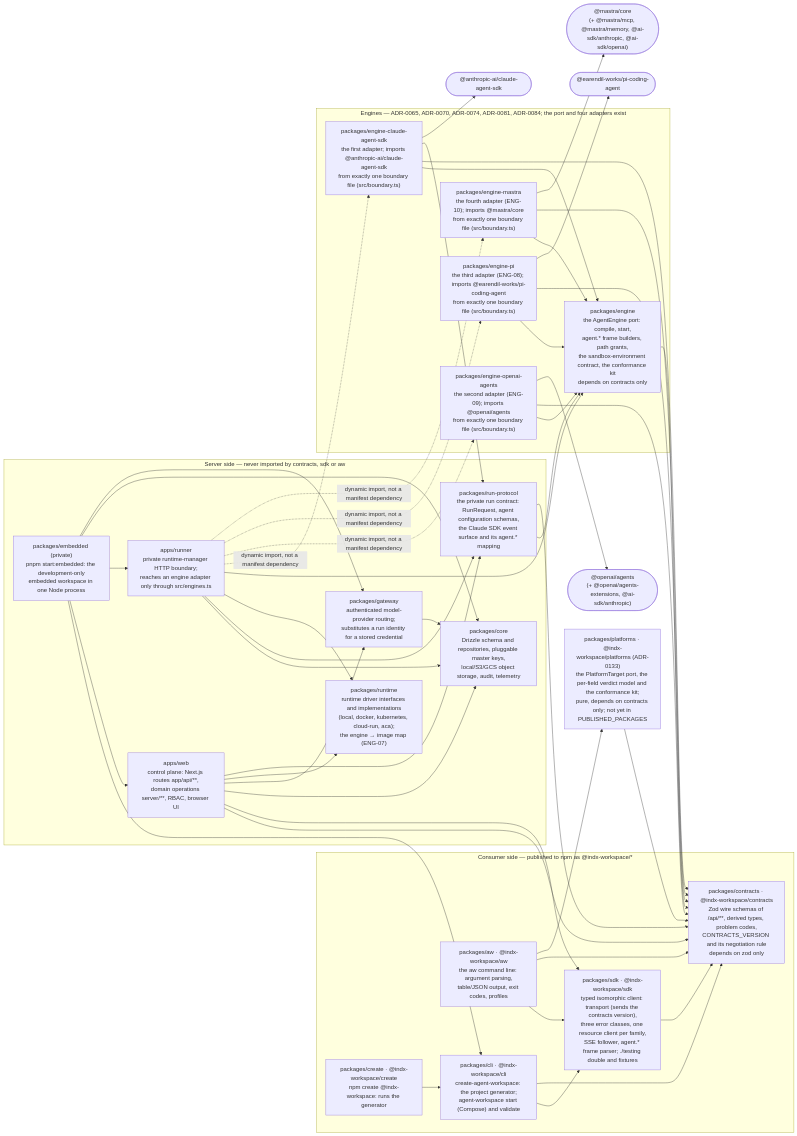
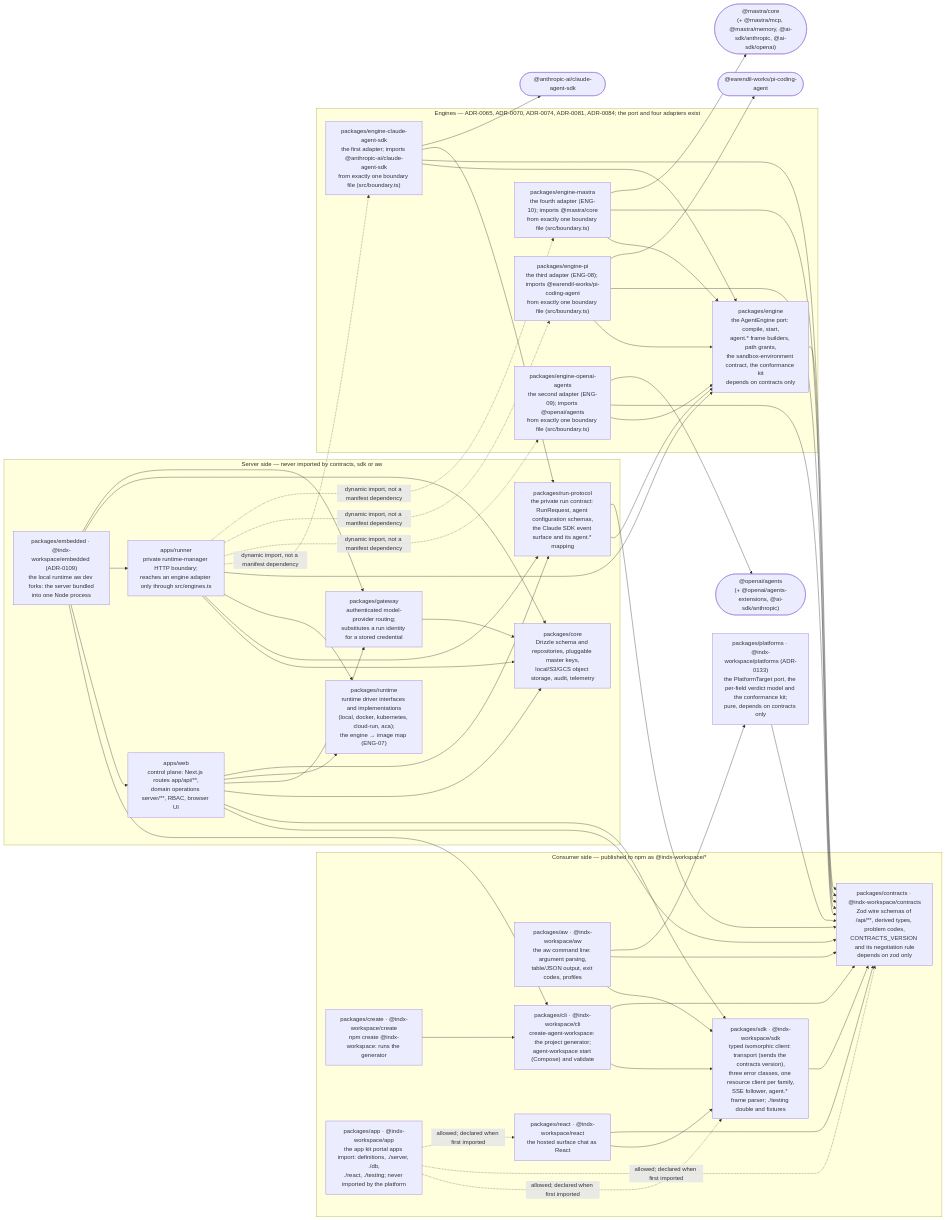
One commit to indxjp/agent-workspace changed the first of 3 diagrams in docs/sdk/07-structure-map.md. Above: the diagram before and after it, drawn with Mermaid. The commit also changed other lines of this file and 4912 other files, not shown here.

```diff
--- a/docs/sdk/07-structure-map.md
+++ b/docs/sdk/07-structure-map.md
@@ -56,6 +64,8 @@
     aw["packages/aw · @indx-workspace/aw<br/>the aw command line: argument parsing,<br/>table/JSON output, exit codes, profiles"]
     cli["packages/cli · @indx-workspace/cli<br/>create-agent-workspace: the project generator;<br/>agent-workspace start (Compose) and validate"]
     create["packages/create · @indx-workspace/create<br/>npm create @indx-workspace: runs the generator"]
+    react["packages/react · @indx-workspace/react<br/>the hosted surface chat as React"]
+    app["packages/app · @indx-workspace/app<br/>the app kit portal apps import: definitions, ./server, ./db,<br/>./react, ./testing; never imported by the platform"]
   end
   subgraph server["Server side — never imported by contracts, sdk or aw"]
     web["apps/web<br/>control plane: Next.js routes app/api/**,<br/>domain operations server/**, RBAC, browser UI"]
@@ -64,13 +74,13 @@
     runProtocol["packages/run-protocol<br/>the private run contract: RunRequest, agent configuration schemas,<br/>the Claude SDK event surface and its agent.* mapping"]
     runtime["packages/runtime<br/>runtime driver interfaces and implementations<br/>(local, docker, kubernetes, cloud-run, aca);<br/>the engine → image map (ENG-07)"]
     gateway["packages/gateway<br/>authenticated model-provider routing;<br/>substitutes a run identity for a stored credential"]
-    embedded["packages/embedded (private)<br/>pnpm start:embedded: the development-only<br/>embedded workspace in one Node process"]
+    embedded["packages/embedded · @indx-workspace/embedded (ADR-0109)<br/>the local runtime aw dev forks: the server bundled<br/>into one Node process"]
   end
   claudeSdk(["@anthropic-ai/claude-agent-sdk"])
   openaiSdk(["@openai/agents<br/>(+ @openai/agents-extensions, @ai-sdk/anthropic)"])
   piSdk(["@earendil-works/pi-coding-agent"])
   mastraSdk(["@mastra/core<br/>(+ @mastra/mcp, @mastra/memory, @ai-sdk/anthropic, @ai-sdk/openai)"])
-  platforms["packages/platforms · @indx-workspace/platforms (ADR-0133)<br/>the PlatformTarget port, the per-field verdict model and the conformance kit;<br/>pure, depends on contracts only; not yet in PUBLISHED_PACKAGES"]
+  platforms["packages/platforms · @indx-workspace/platforms (ADR-0133)<br/>the PlatformTarget port, the per-field verdict model and the conformance kit;<br/>pure, depends on contracts only"]
   subgraph engines["Engines — ADR-0065, ADR-0070, ADR-0074, ADR-0081, ADR-0084; the port and four adapters exist"]
     engine["packages/engine<br/>the AgentEngine port: compile, start,<br/>agent.* frame builders, path grants,<br/>the sandbox-environment contract, the conformance kit<br/>depends on contracts only"]
     engineAdapter["packages/engine-claude-agent-sdk<br/>the first adapter; imports @anthropic-ai/claude-agent-sdk<br/>from exactly one boundary file (src/boundary.ts)"]
@@ -80,6 +90,11 @@
   end
 
   sdk --> contracts
+  react --> sdk
+  react --> contracts
+  app -.->|"allowed; declared when first imported"| sdk
+  app -.->|"allowed; declared when first imported"| contracts
+  app -.->|"allowed; declared when first imported"| react
   aw --> sdk
   aw --> contracts
   aw --> platforms
```
